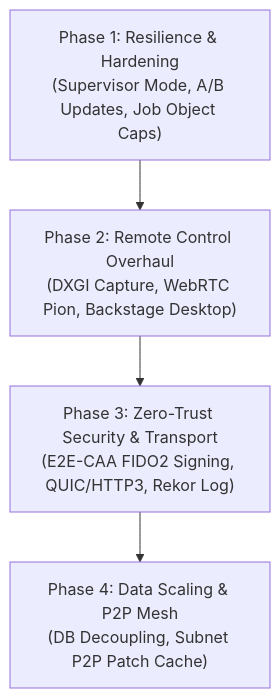
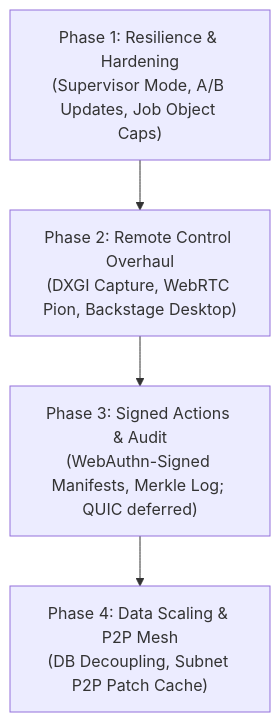
The diagram in docs/ROADMAP.md (MonsterCouch/homelab-rmm), drawn with Mermaid before and after one commit. The commit also changed other lines of this file and 63 other files, not shown here.

````diff
--- a/docs/ROADMAP.md
+++ b/docs/ROADMAP.md
@@ -21,9 +21,9 @@
 ```mermaid
 flowchart TD
     P1["Phase 1: Resilience & Hardening<br/>(Supervisor Mode, A/B Updates, Job Object Caps)"]
     P2["Phase 2: Remote Control Overhaul<br/>(DXGI Capture, WebRTC Pion, Backstage Desktop)"]
-    P3["Phase 3: Zero-Trust Security & Transport<br/>(E2E-CAA FIDO2 Signing, QUIC/HTTP3, Rekor Log)"]
+    P3["Phase 3: Signed Actions & Audit<br/>(WebAuthn-Signed Manifests, Merkle Log; QUIC deferred)"]
     P4["Phase 4: Data Scaling & P2P Mesh<br/>(DB Decoupling, Subnet P2P Patch Cache)"]
 
     P1 --> P2 --> P3 --> P4
 ```
````
